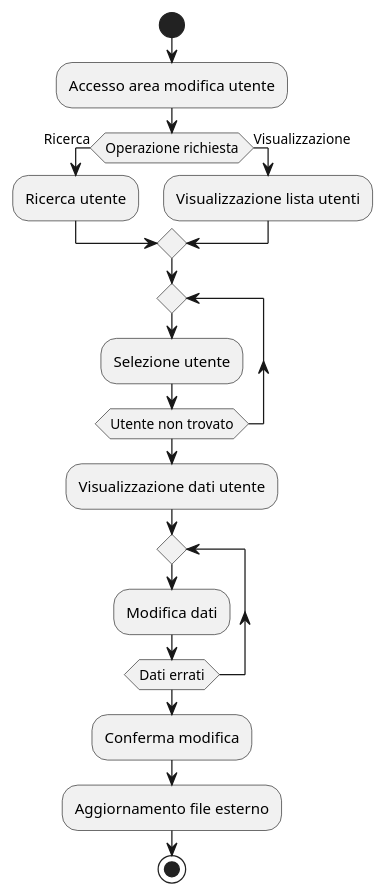
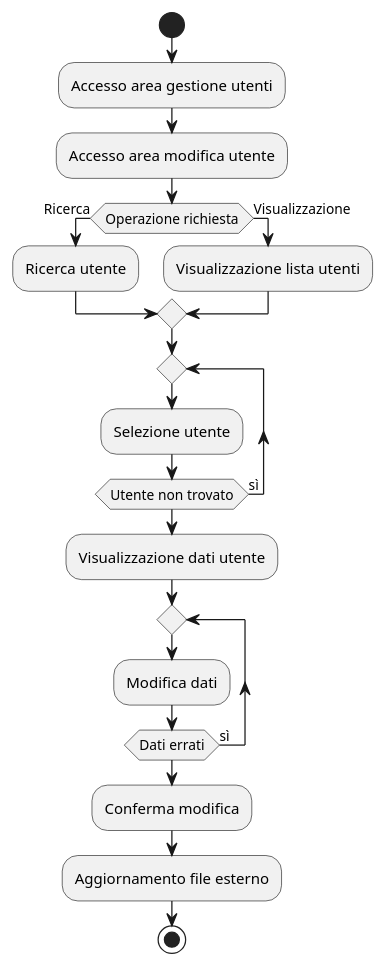
Before and after one commit to amalinconico6-cpu/Biblioteca_universitaria_10: the diagram in Progettazione/AllDiagramsCode/ActivityDiagramsCode/ModificaUtente.wsd, drawn with PlantUML. The commit also changed 19 other files, not shown here.

```diff
--- a/Progettazione/AllDiagramsCode/ActivityDiagramsCode/ModificaUtente.wsd
+++ b/Progettazione/AllDiagramsCode/ActivityDiagramsCode/ModificaUtente.wsd
@@ -1,26 +1,27 @@
 @startuml ModificaUtente
 start
 
+:Accesso area gestione utenti;
 :Accesso area modifica utente;
 if(Operazione richiesta) then (Ricerca)
 :Ricerca utente;
 else (Visualizzazione);
 :Visualizzazione lista utenti;
 endif 
 
 repeat 
 :Selezione utente;
-repeat while (Utente non trovato)
+repeat while (Utente non trovato) is (sì)
 
 :Visualizzazione dati utente;
 
 repeat 
 :Modifica dati;
-repeat while (Dati errati)
+repeat while (Dati errati) is (sì)
 
 :Conferma modifica;
 :Aggiornamento file esterno;
 
 stop
 
 @enduml
```
